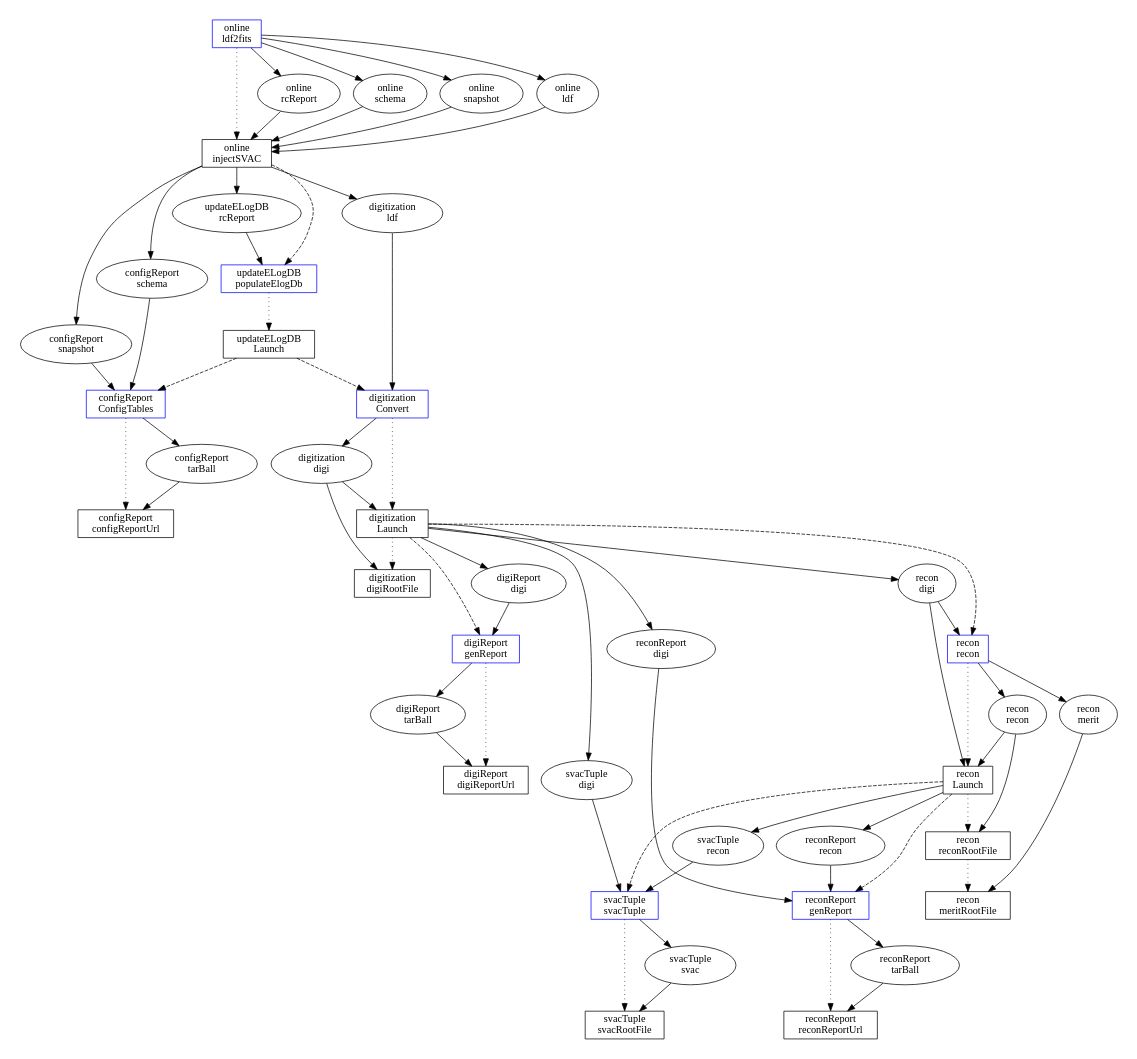
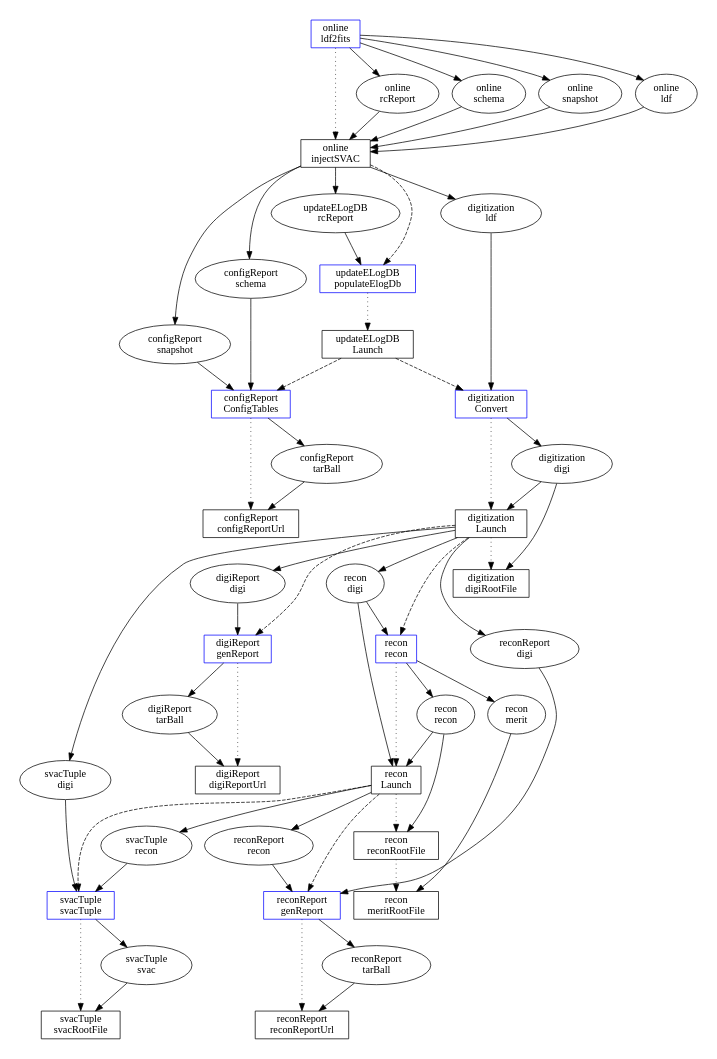
Before and after one commit to fermi-lat/svac: the diagram in svacPipeline/doc/newlaunch-EM2-v1r0.dot, drawn with Graphviz.

Commit message:
Changed internal organization of newlaunch graph dot file.  Graph layout changed inexplicably.

```diff
--- a/svacPipeline/doc/newlaunch-EM2-v1r0.dot
+++ b/svacPipeline/doc/newlaunch-EM2-v1r0.dot
@@ -1,176 +1,182 @@
 digraph iAndTPipeline {
 
 #rotate=90;
 size="7.5,6.5";
 
 #### task processes
 node [shape=box];
 ####
-online_ldf2fits_tp [label="online\nldf2fits",color=blue];
+## entry points
+node [color=blue];
+##
+online_ldf2fits_tp [label="online\nldf2fits"];
+updateELogDB_populateElogDb_tp [label="updateELogDB\npopulateElogDb"];
+configReport_ConfigTables_tp [label="configReport\nConfigTables"];
+digitization_Convert_tp [label="digitization\nConvert"];
+digiReport_genReport_tp [label="digiReport\ngenReport"];
+recon_recon_tp [label="recon\nrecon"];
+reconReport_genReport_tp [label="reconReport\ngenReport"];
+svacTuple_svacTuple_tp [label="svacTuple\nsvacTuple "];
+##
+node [color=black,style=solid];
+##
 online_injectSVAC_tp [label="online\ninjectSVAC"];
 #
-updateELogDB_populateElogDb_tp [label="updateELogDB\npopulateElogDb",color=blue];
 updateELogDB_Launch_tp [label="updateELogDB\nLaunch"];
 #
-configReport_ConfigTables_tp [label="configReport\nConfigTables",color=blue];
 configReport_configReportUrl_tp [label="configReport\nconfigReportUrl"];
 #
-digitization_Convert_tp [label="digitization\nConvert",color=blue];
 digitization_Launch_tp [label="digitization\nLaunch"];
 digitization_digiRootFile_tp [label="digitization\ndigiRootFile"];
 #
-digiReport_genReport_tp [label="digiReport\ngenReport",color=blue];
 digiReport_digiReportUrl_tp [label="digiReport\ndigiReportUrl"];
 #
-recon_recon_tp [label="recon\nrecon",color=blue];
 recon_Launch_tp [label="recon\nLaunch"];
 recon_reconRootFile_tp [label="recon\nreconRootFile"];
 recon_meritRootFile_tp [label="recon\nmeritRootFile"];
 #
-reconReport_genReport_tp [label="reconReport\ngenReport",color=blue];
 reconReport_reconReportUrl_tp [label="reconReport\nreconReportUrl"];
 #
-svacTuple_svacTuple_tp [label="svacTuple\nsvacTuple ",color=blue];
 svacTuple_svacRootFile_tp [label="svacTuple\nsvacRootFile"];
 
 #### datasets
 node [shape=ellipse];
 ####
 online_rcReport_ds [label="online\nrcReport"];
 updateELogDB_rcReport_ds [label="updateELogDB\nrcReport"];
 online_schema_ds [label="online\nschema"];
 configReport_schema_ds [label="configReport\nschema"];
 online_snapshot_ds [label="online\nsnapshot"];
 configReport_snapshot_ds [label="configReport\nsnapshot"];
 online_ldf_ds [label="online\nldf"];
 digitization_ldf_ds [label="digitization\nldf"];
 #
 configReport_tarBall_ds [label="configReport\ntarBall"];
 #
 digitization_digi_ds [label="digitization\ndigi"];
 recon_digi_ds [label="recon\ndigi"];
 digiReport_digi_ds [label="digiReport\ndigi"];
 svacTuple_digi_ds [label="svacTuple\ndigi"];
 reconReport_digi_ds [label="reconReport\ndigi"];
 #
 digiReport_tarBall_ds [label="digiReport\ntarBall"];
 #
 recon_recon_ds [label="recon\nrecon"];
 svacTuple_recon_ds [label="svacTuple\nrecon"];
 reconReport_recon_ds [label="reconReport\nrecon"];
 recon_merit_ds [label="recon\nmerit"];
 #
 reconReport_tarBall_ds [label="reconReport\ntarBall"];
 #
 svacTuple_svac_ds [label="svacTuple\nsvac"];
 
 #### TP -> DS links
 edge [weight=10];
 ####
 online_ldf2fits_tp -> online_rcReport_ds;
 online_ldf2fits_tp -> online_schema_ds;
 online_ldf2fits_tp -> online_snapshot_ds;
 online_ldf2fits_tp -> online_ldf_ds;
 #
 online_rcReport_ds -> online_injectSVAC_tp;
 online_schema_ds -> online_injectSVAC_tp;
 online_snapshot_ds -> online_injectSVAC_tp;
 online_ldf_ds -> online_injectSVAC_tp;
 #
 online_injectSVAC_tp -> updateELogDB_rcReport_ds;
 online_injectSVAC_tp -> configReport_schema_ds;
 online_injectSVAC_tp -> configReport_snapshot_ds;
 online_injectSVAC_tp -> digitization_ldf_ds;
 
 updateELogDB_rcReport_ds -> updateELogDB_populateElogDb_tp;
 
 configReport_schema_ds -> configReport_ConfigTables_tp;
 configReport_snapshot_ds -> configReport_ConfigTables_tp;
 configReport_ConfigTables_tp -> configReport_tarBall_ds;
 #
 configReport_tarBall_ds -> configReport_configReportUrl_tp;
 
 digitization_ldf_ds -> digitization_Convert_tp;
 digitization_Convert_tp -> digitization_digi_ds;
 #
 digitization_digi_ds -> digitization_Launch_tp;
 digitization_Launch_tp -> recon_digi_ds;
 #
 digitization_Launch_tp -> digiReport_digi_ds;
 #
 digitization_Launch_tp -> svacTuple_digi_ds;
 #
 digitization_Launch_tp -> reconReport_digi_ds;
 #
 digitization_digi_ds -> digitization_digiRootFile_tp;
 
 digiReport_digi_ds -> digiReport_genReport_tp;
 digiReport_genReport_tp -> digiReport_tarBall_ds;
 #
 digiReport_tarBall_ds -> digiReport_digiReportUrl_tp;
 
 recon_digi_ds -> recon_recon_tp;
 recon_recon_tp -> recon_recon_ds;
 recon_recon_tp -> recon_merit_ds;
 #
 recon_recon_ds -> recon_Launch_tp;
 recon_digi_ds -> recon_Launch_tp;
 recon_Launch_tp -> svacTuple_recon_ds;
 #
 recon_Launch_tp -> reconReport_recon_ds;
 #
 recon_recon_ds -> recon_reconRootFile_tp;
 #
 recon_merit_ds -> recon_meritRootFile_tp;
 
 reconReport_digi_ds -> reconReport_genReport_tp;
 reconReport_recon_ds -> reconReport_genReport_tp;
 reconReport_genReport_tp -> reconReport_tarBall_ds;
 #
 reconReport_tarBall_ds -> reconReport_reconReportUrl_tp;
 
 svacTuple_digi_ds -> svacTuple_svacTuple_tp;
 svacTuple_recon_ds -> svacTuple_svacTuple_tp;
 svacTuple_svacTuple_tp -> svacTuple_svac_ds;
 #
 svacTuple_svac_ds -> svacTuple_svacRootFile_tp;
 
 
 #### intratask links ####
 edge [style=dotted,weight=100];
 ####
 online_ldf2fits_tp -> online_injectSVAC_tp;
 #
 updateELogDB_populateElogDb_tp -> updateELogDB_Launch_tp;
 #
 digitization_Convert_tp -> digitization_Launch_tp;
 digitization_Launch_tp -> digitization_digiRootFile_tp;
 #
 configReport_ConfigTables_tp -> configReport_configReportUrl_tp;
 #
 recon_recon_tp -> recon_Launch_tp;
 recon_Launch_tp -> recon_reconRootFile_tp;
 recon_reconRootFile_tp -> recon_meritRootFile_tp;
 #
 digiReport_genReport_tp -> digiReport_digiReportUrl_tp;
 #
 svacTuple_svacTuple_tp -> svacTuple_svacRootFile_tp;
 #
 reconReport_genReport_tp -> reconReport_reconReportUrl_tp;
 
 
 ##### intertask links #####
 edge [style=dashed,weight=1];
 ####
 online_injectSVAC_tp -> updateELogDB_populateElogDb_tp;
 #
 updateELogDB_Launch_tp -> digitization_Convert_tp;
 updateELogDB_Launch_tp -> configReport_ConfigTables_tp;
 #
 digitization_Launch_tp -> recon_recon_tp;
 digitization_Launch_tp -> digiReport_genReport_tp;
 #
 recon_Launch_tp -> svacTuple_svacTuple_tp;
 recon_Launch_tp -> reconReport_genReport_tp;
 
 }
```
